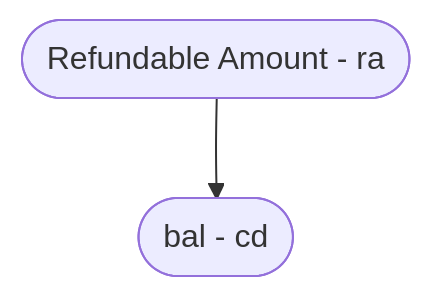
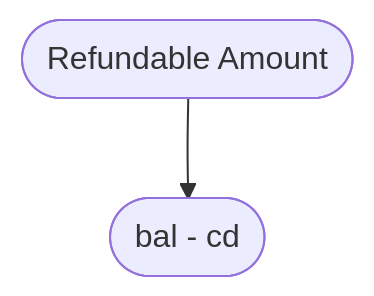
Before and after one commit to sablier-labs/docs: the ninth of 9 diagrams in docs/reference/flow/01-diagrams.md, drawn with Mermaid. The commit also changed other lines of this file and 3 other files, not shown here.

Commit message:
removes streamId from sequence diagrams categorizes diagrams in Flow access control simplifies diagrams in Lockup access control defines ongoing debt in Flow overview fixes definition of snapshot debt in Flow overview adds abbreviations in Flow diagrams

````diff
--- a/docs/reference/flow/01-diagrams.md
+++ b/docs/reference/flow/01-diagrams.md
@@ -175,6 +161,6 @@
 ```mermaid
     flowchart TD
-    ra([Refundable Amount - ra])
+    ra([Refundable Amount])
     res_ra([bal - cd])
     ra --> res_ra
 ```
````
